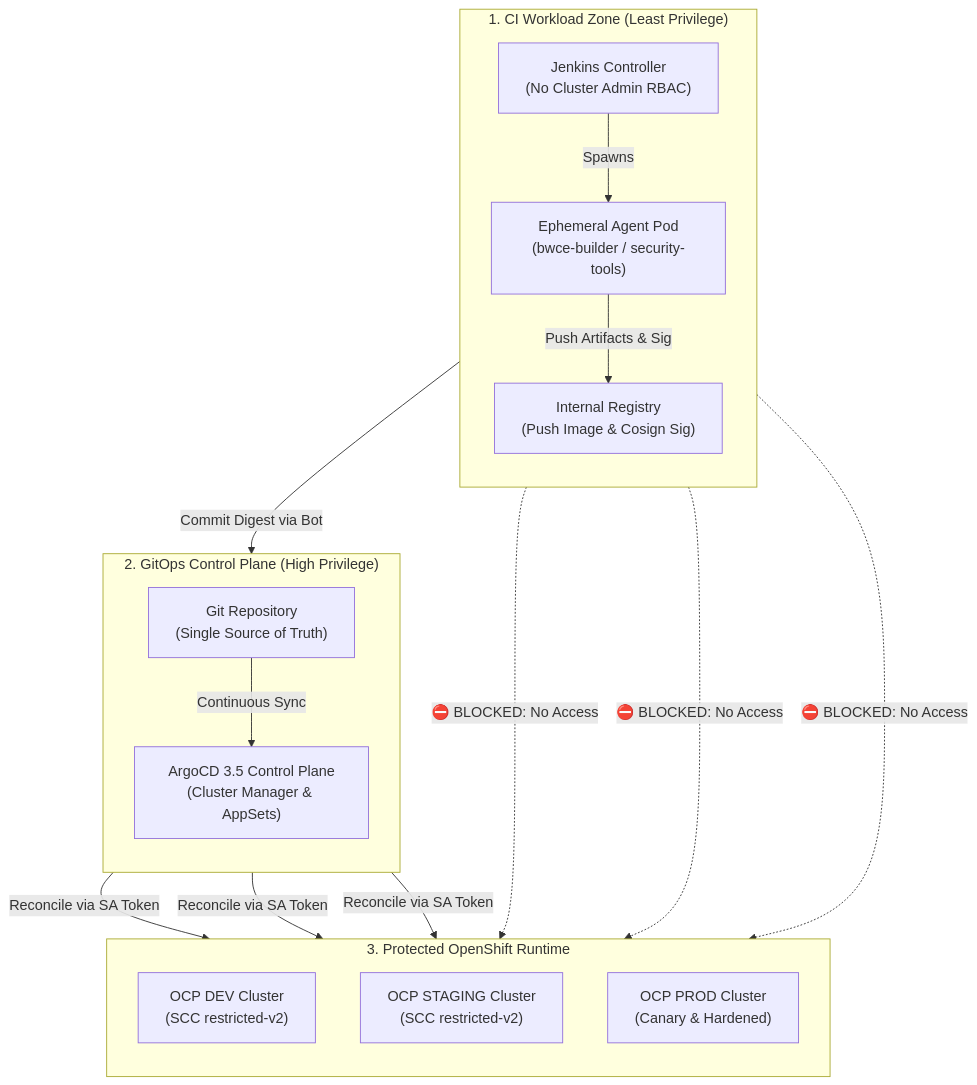
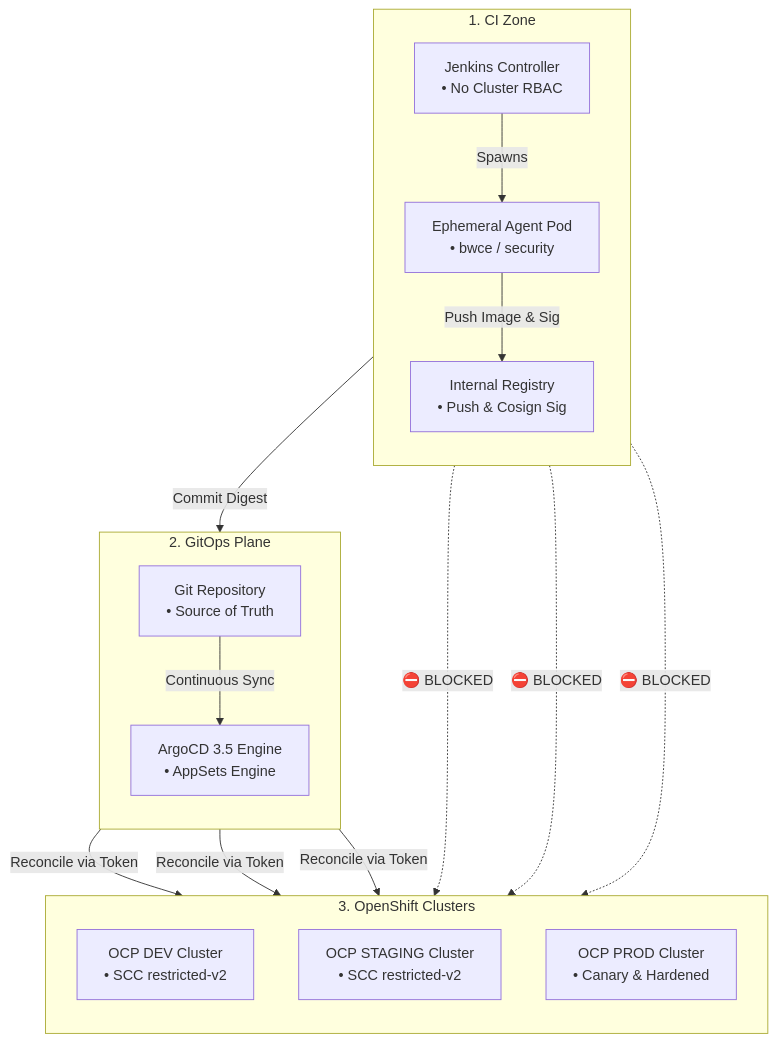
Before and after one commit to nubenetes/jenkins-without-git-parameter-bwce: diagram 13 of 15 in README.md, drawn with Mermaid. The commit also changed other lines of this file, not shown here.

Commit message:
fix(mermaid): enforce hard 20-char line limit on all diagram nodes to permanently prevent text clipping on GitHub

````diff
--- a/README.md
+++ b/README.md
@@ -801,35 +800,35 @@
 ```mermaid
 flowchart TB
-    subgraph UntrustedZone["1. CI Workload Zone (Least Privilege)"]
+    subgraph UntrustedZone["1. CI Zone"]
         direction TB
-        JenkinsMaster["Jenkins Controller<br/>(No Cluster Admin RBAC)"]
-        JenkinsAgent["Ephemeral Agent Pod<br/>(bwce-builder / security-tools)"]
-        Registry["Internal Registry<br/>(Push Image & Cosign Sig)"]
+        JenkinsMaster["Jenkins Controller<br/>• No Cluster RBAC"]
+        JenkinsAgent["Ephemeral Agent Pod<br/>• bwce / security"]
+        Registry["Internal Registry<br/>• Push & Cosign Sig"]
     end
 
-    subgraph GitOpsTrustZone["2. GitOps Control Plane (High Privilege)"]
+    subgraph GitOpsTrustZone["2. GitOps Plane"]
         direction TB
-        GitRepo["Git Repository<br/>(Single Source of Truth)"]
-        ArgoCD["ArgoCD 3.5 Control Plane<br/>(Cluster Manager & AppSets)"]
+        GitRepo["Git Repository<br/>• Source of Truth"]
+        ArgoCD["ArgoCD 3.5 Engine<br/>• AppSets Engine"]
     end
 
-    subgraph WorkloadClusters["3. Protected OpenShift Runtime"]
+    subgraph WorkloadClusters["3. OpenShift Clusters"]
         direction TB
-        DEV["OCP DEV Cluster<br/>(SCC restricted-v2)"]
-        STG["OCP STAGING Cluster<br/>(SCC restricted-v2)"]
-        PRD["OCP PROD Cluster<br/>(Canary & Hardened)"]
+        DEV["OCP DEV Cluster<br/>• SCC restricted-v2"]
+        STG["OCP STAGING Cluster<br/>• SCC restricted-v2"]
+        PRD["OCP PROD Cluster<br/>• Canary & Hardened"]
     end
 
     JenkinsMaster -->|"Spawns"| JenkinsAgent
-    JenkinsAgent -->|"Push Artifacts & Sig"| Registry
-    JenkinsAgent -->|"Commit Digest via Bot"| GitRepo
+    JenkinsAgent -->|"Push Image & Sig"| Registry
+    JenkinsAgent -->|"Commit Digest"| GitRepo
     
-    JenkinsAgent -.->|"⛔ BLOCKED: No Access"| DEV
-    JenkinsAgent -.->|"⛔ BLOCKED: No Access"| STG
-    JenkinsAgent -.->|"⛔ BLOCKED: No Access"| PRD
+    JenkinsAgent -.->|"⛔ BLOCKED"| DEV
+    JenkinsAgent -.->|"⛔ BLOCKED"| STG
+    JenkinsAgent -.->|"⛔ BLOCKED"| PRD
 
     GitRepo -->|"Continuous Sync"| ArgoCD
-    ArgoCD -->|"Reconcile via SA Token"| DEV
-    ArgoCD -->|"Reconcile via SA Token"| STG
-    ArgoCD -->|"Reconcile via SA Token"| PRD
+    ArgoCD -->|"Reconcile via Token"| DEV
+    ArgoCD -->|"Reconcile via Token"| STG
+    ArgoCD -->|"Reconcile via Token"| PRD
 ```
````
